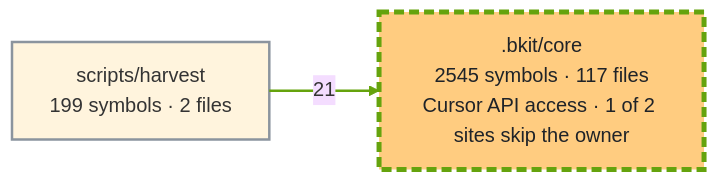
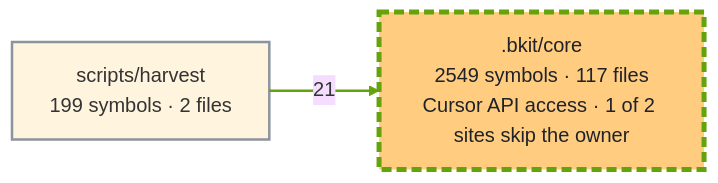
Before and after one commit to cbartens/bkit: the second of 3 diagrams in docs/capabilities.md, drawn with Mermaid (base theme). The commit also changed other lines of this file, not shown here.

Commit message:
docs: refresh capabilities graph

````diff
--- a/docs/capabilities.md
+++ b/docs/capabilities.md
@@ -169,16 +169,16 @@
 ```mermaid
 ---
 config:
   layout: elk
   flowchart:
     useMaxWidth: false
 ---
 flowchart LR
-  %% Generated by bkit-graphify-rollup.py from 5ad0014e7ef77a202572a06cdd4b27f54ea26fe3 — do not edit
-  n_bkit_core[".bkit/core<br/>2545 symbols · 117 files<br/>Cursor API access · 1 of 2 sites skip the owner"]
+  %% Generated by bkit-graphify-rollup.py from 4c5d90f44b852fbc32273de624c7e1ab2c327e5b — do not edit
+  n_bkit_core[".bkit/core<br/>2549 symbols · 117 files<br/>Cursor API access · 1 of 2 sites skip the owner"]
   nscripts_harvest["scripts/harvest<br/>199 symbols · 2 files"]
   nscripts_harvest -->|21| n_bkit_core
   style n_bkit_core stroke:#65a30d,stroke-width:4px,stroke-dasharray:8 4,fill:#ffcc80,color:#1f2328
   style nscripts_harvest stroke:#8b949e,stroke-width:2px
   linkStyle 0 stroke:#65a30d,stroke-width:2px
 ```
````
